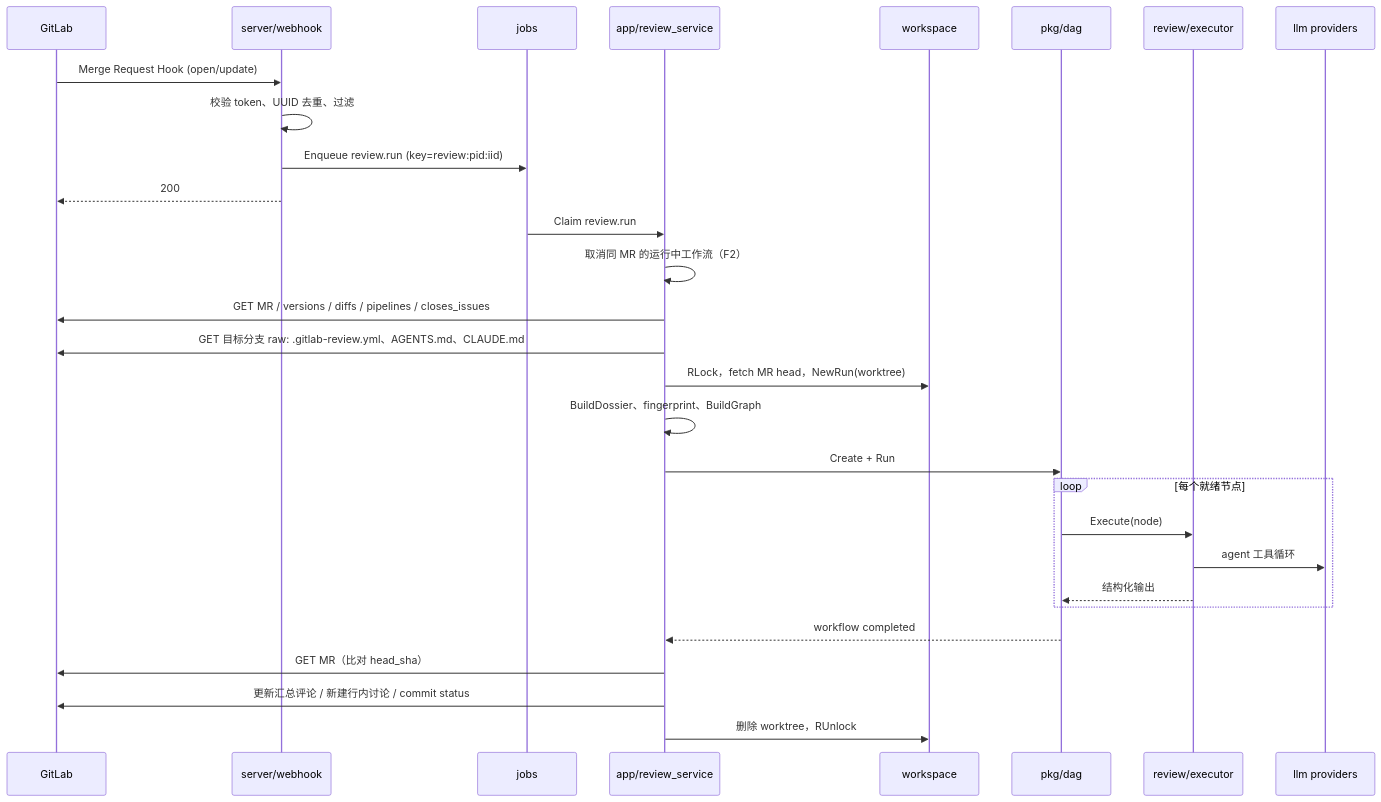
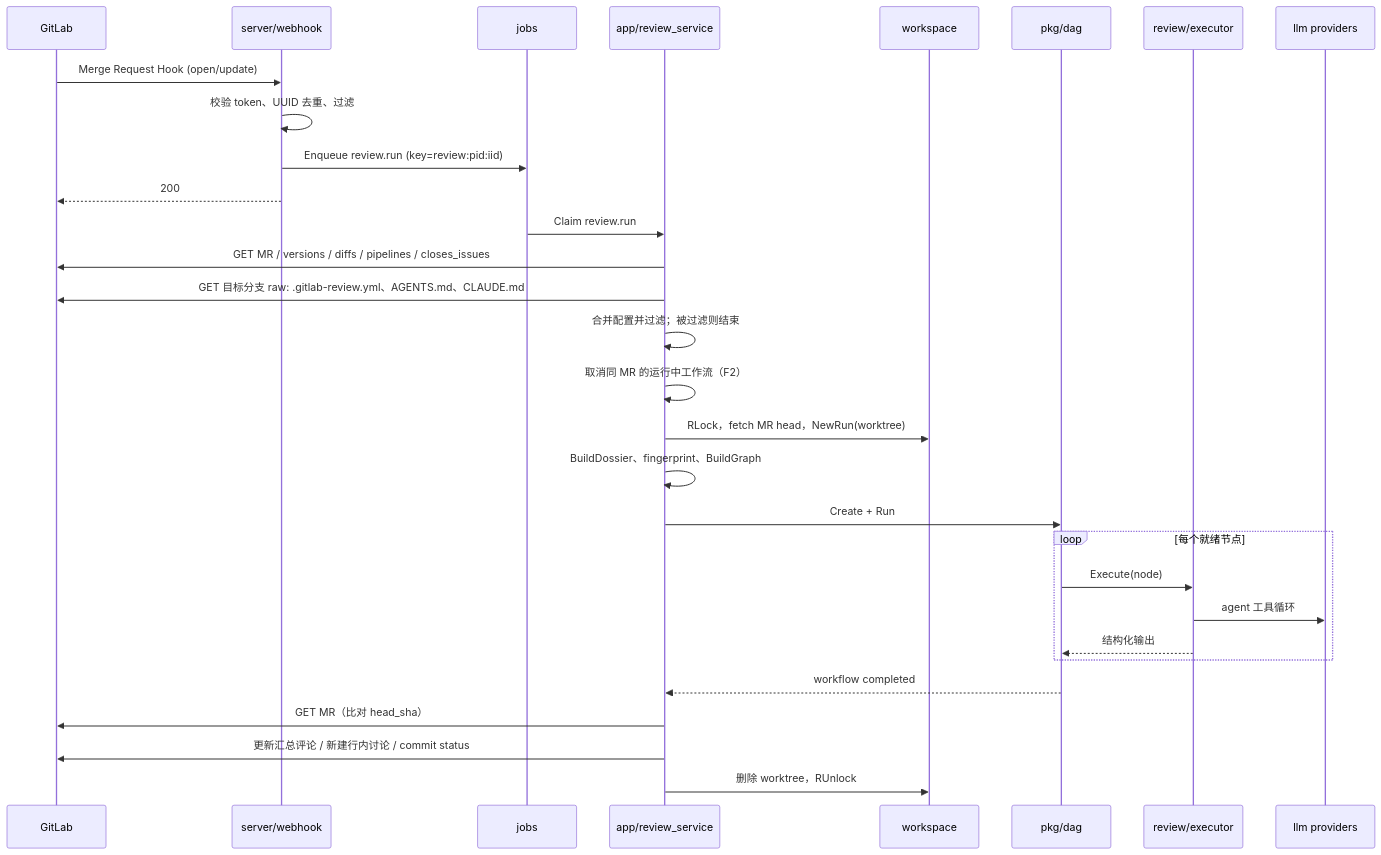
Before and after one commit to LeXwDeX/Code-Review-For-Gitlab-CE: the diagram in docs/design/05-flows.md, drawn with Mermaid. The commit also changed other lines of this file and 272 other files, not shown here.

````diff
--- a/docs/design/05-flows.md
+++ b/docs/design/05-flows.md
@@ -9,32 +9,33 @@
 ```mermaid
 sequenceDiagram
   participant GL as GitLab
   participant WH as server/webhook
   participant Q as jobs
   participant RS as app/review_service
   participant WS as workspace
   participant D as pkg/dag
   participant EX as review/executor
   participant LLM as llm providers
 
   GL->>WH: Merge Request Hook (open/update)
   WH->>WH: 校验 token、UUID 去重、过滤
   WH->>Q: Enqueue review.run (key=review:pid:iid)
   WH-->>GL: 200
   Q->>RS: Claim review.run
-  RS->>RS: 取消同 MR 的运行中工作流（F2）
   RS->>GL: GET MR / versions / diffs / pipelines / closes_issues
   RS->>GL: GET 目标分支 raw: .gitlab-review.yml、AGENTS.md、CLAUDE.md
+  RS->>RS: 合并配置并过滤；被过滤则结束
+  RS->>RS: 取消同 MR 的运行中工作流（F2）
   RS->>WS: RLock，fetch MR head，NewRun(worktree)
   RS->>RS: BuildDossier、fingerprint、BuildGraph
   RS->>D: Create + Run
   loop 每个就绪节点
     D->>EX: Execute(node)
     EX->>LLM: agent 工具循环
     EX-->>D: 结构化输出
   end
   D-->>RS: workflow completed
   RS->>GL: GET MR（比对 head_sha）
   RS->>GL: 更新汇总评论 / 新建行内讨论 / commit status
   RS->>WS: 删除 worktree，RUnlock
 ```
````
